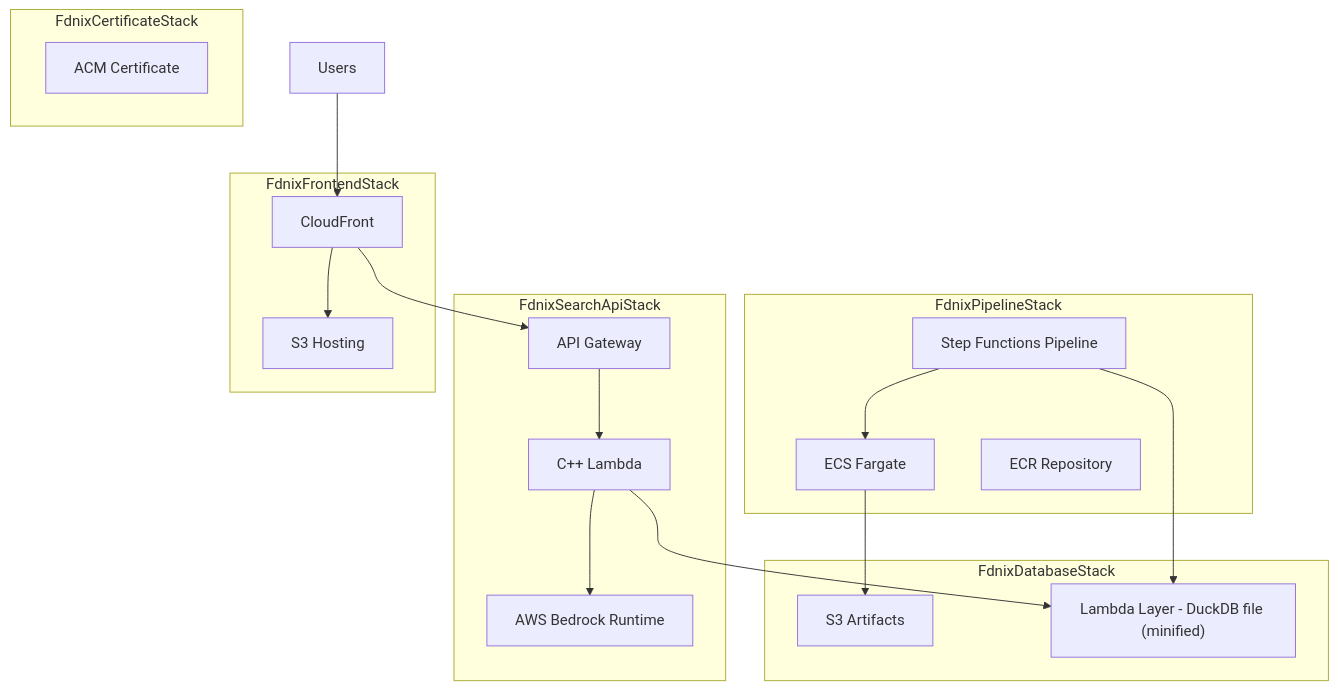
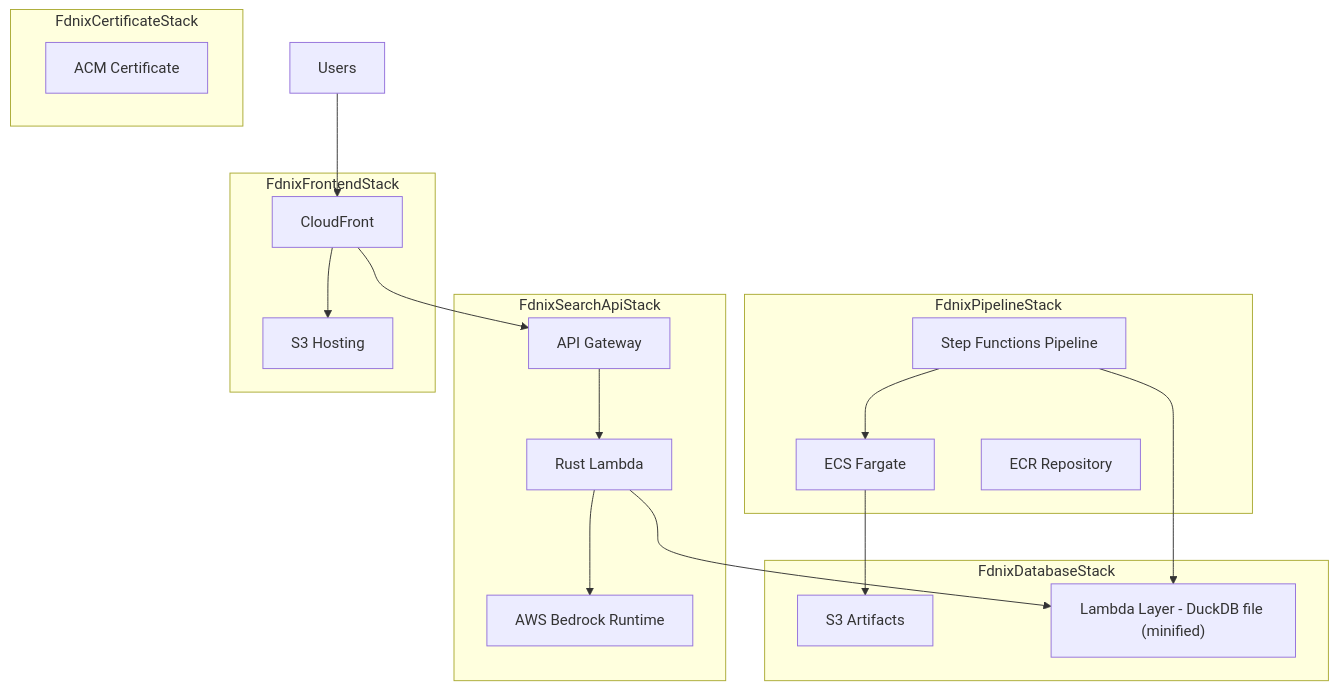
The first of 4 diagrams in packages/cdk/README.md (james-ralph8555/fdnix), drawn with Mermaid before and after one commit. The commit also changed other lines of this file and 4 other files, not shown here.

````diff
--- a/packages/cdk/README.md
+++ b/packages/cdk/README.md
@@ -17,43 +17,43 @@
 ```mermaid
 graph TD
     %% Top-level stacks
     subgraph FdnixCertificateStack
         cert["ACM Certificate"]
     end
 
     subgraph FdnixDatabaseStack
         s3_artifacts["S3 Artifacts"]
         db_layer["Lambda Layer - DuckDB file (minified)"]
     end
 
     subgraph FdnixPipelineStack
         sfn["Step Functions Pipeline"]
         ecs["ECS Fargate"]
         ecr["ECR Repository"]
     end
 
     subgraph FdnixSearchApiStack
         api["API Gateway"]
-        lambda["C++ Lambda"]
+        lambda["Rust Lambda"]
         bedrock["AWS Bedrock Runtime"]
     end
 
     subgraph FdnixFrontendStack
         cf["CloudFront"]
         s3_hosting["S3 Hosting"]
     end
 
     user["Users"] --> cf
     cf --> s3_hosting
     cf --> api
     api --> lambda
     lambda --> db_layer
     lambda --> bedrock
 
     sfn --> ecs
     ecs --> s3_artifacts
     sfn --> db_layer
 
     %% No CDK-managed custom domain: certificate provisioned separately
     %% (no direct connection from cert to CloudFront in CDK)
 ```
````
